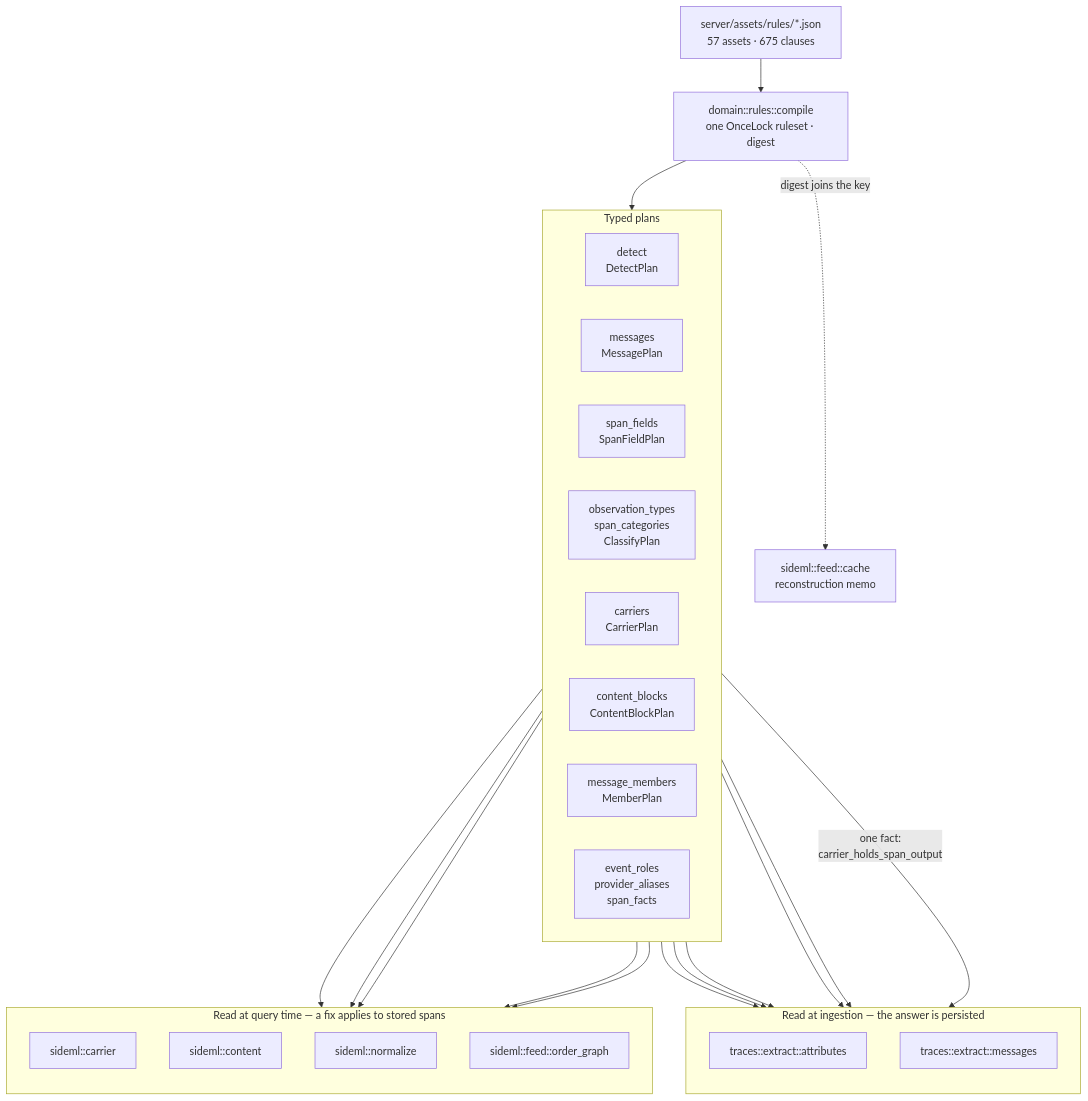
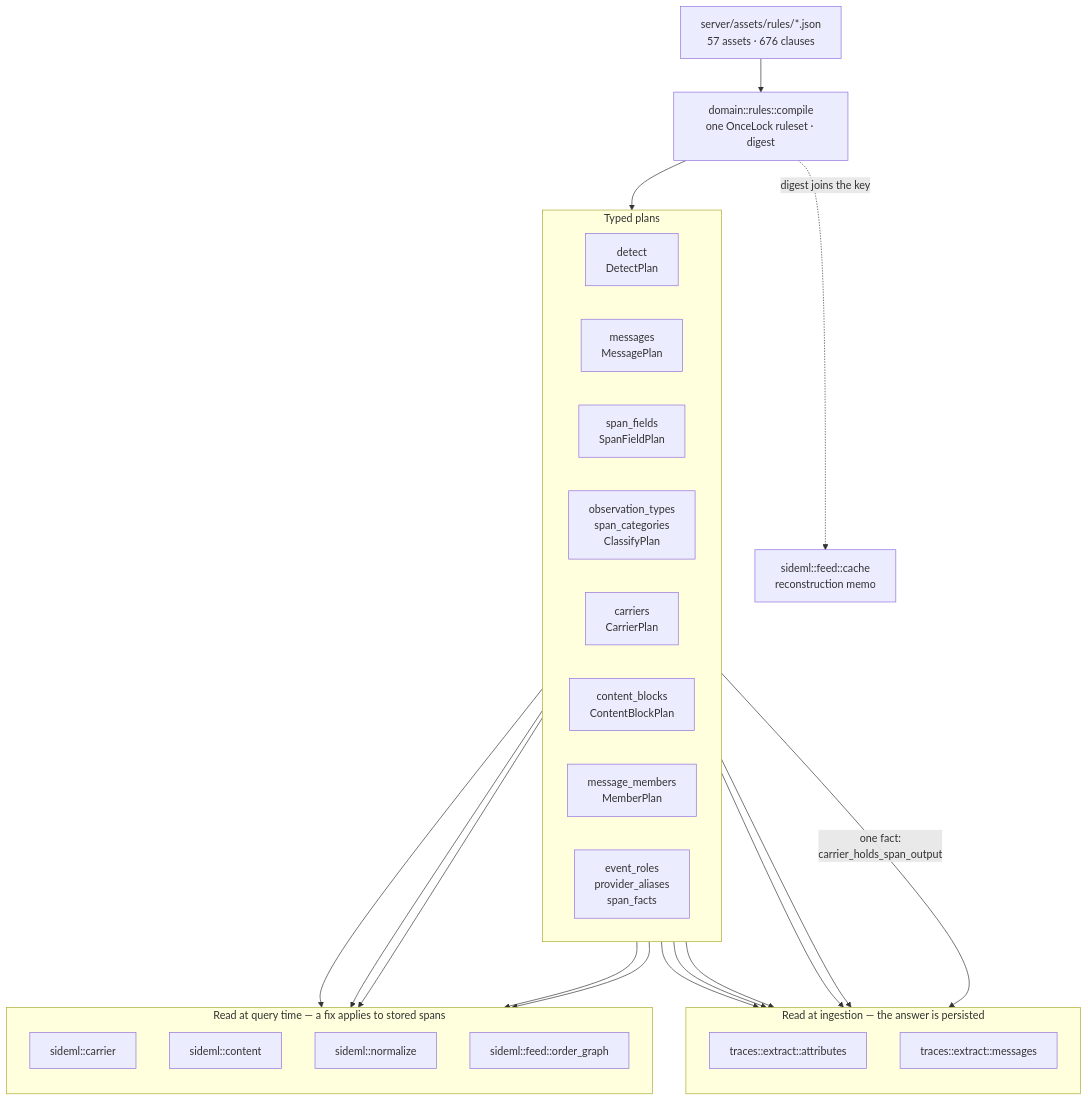
Before and after one commit to sideseat/sideseat: the first of 7 diagrams in docs/engineering/architecture-diagrams.md, drawn with Mermaid. The commit also changed 12 other files, not shown here.

````diff
--- a/docs/engineering/architecture-diagrams.md
+++ b/docs/engineering/architecture-diagrams.md
@@ -18,47 +18,47 @@
 ```mermaid
 flowchart TB
-    assets["server/assets/rules/*.json<br/>57 assets · 675 clauses"]
+    assets["server/assets/rules/*.json<br/>57 assets · 676 clauses"]
     compile["domain::rules::compile<br/>one OnceLock ruleset · digest"]
     assets --> compile
 
     subgraph plans["Typed plans"]
         direction LR
         detect["detect<br/>DetectPlan"]
         messages["messages<br/>MessagePlan"]
         fields["span_fields<br/>SpanFieldPlan"]
         classify["observation_types<br/>span_categories<br/>ClassifyPlan"]
         carriers["carriers<br/>CarrierPlan"]
         blocks["content_blocks<br/>ContentBlockPlan"]
         members["message_members<br/>MemberPlan"]
         roles["event_roles<br/>provider_aliases<br/>span_facts"]
     end
     compile --> plans
 
     subgraph ingest["Read at ingestion — the answer is persisted"]
         direction TB
         attrs["traces::extract::attributes"]
         msgs["traces::extract::messages"]
     end
 
     subgraph query["Read at query time — a fix applies to stored spans"]
         direction TB
         carrier["sideml::carrier"]
         content["sideml::content"]
         normalize["sideml::normalize"]
         order["sideml::feed::order_graph"]
     end
 
     detect --> attrs
     fields --> attrs
     classify --> attrs
     roles --> attrs
     messages --> msgs
     carriers -->|"one fact:<br/>carrier_holds_span_output"| msgs
     carriers --> carrier
     carriers --> order
     blocks --> content
     members --> content
     roles --> normalize
 
     compile -. "digest joins the key" .-> cache["sideml::feed::cache<br/>reconstruction memo"]
 ```
````
